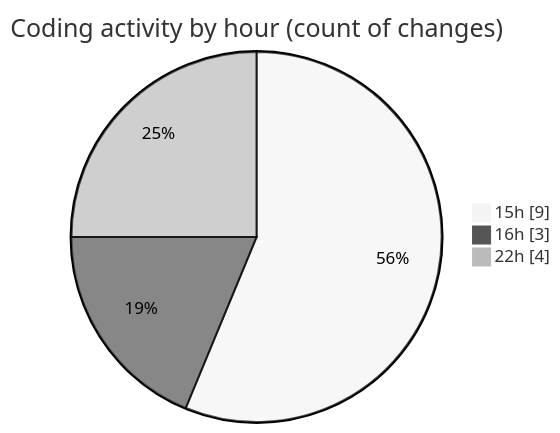
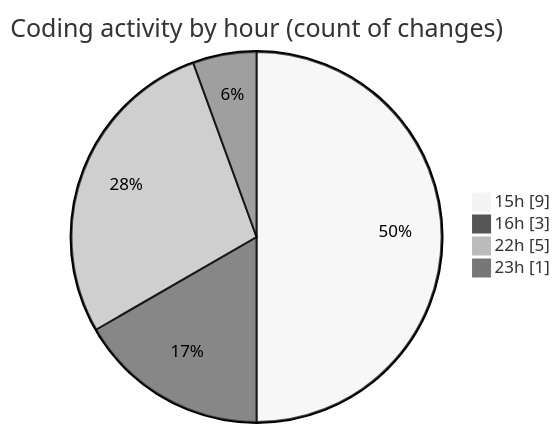
The second of 2 diagrams in 2025-11-20/cdp_aleoudev_fr__workspace_/README.md (julien-gomy/code-tracking), drawn with Mermaid (neutral theme) before and after one commit. The commit also changed other lines of this file and 1 other file, not shown here.

````diff
--- a/2025-11-20/cdp_aleoudev_fr__workspace_/README.md
+++ b/2025-11-20/cdp_aleoudev_fr__workspace_/README.md
@@ -33,7 +35,8 @@
 ```mermaid
 pie showData
 title Coding activity by hour (count of changes)
 "15h" : 9
 "16h" : 3
-"22h" : 4
+"22h" : 5
+"23h" : 1
 ```
````
